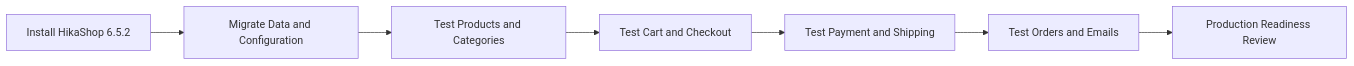
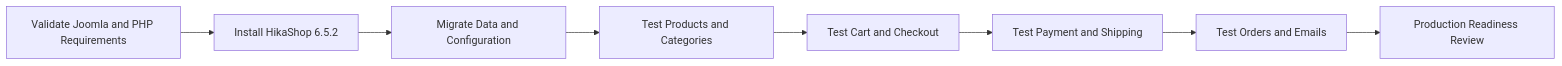
One commit to duyduyly/php-notebook changed the sixth of 6 diagrams in joomla/learning/extensions/hikashop-6-5-2-installation-guide.md. Above: the diagram before and after it, drawn with Mermaid. The commit also changed other lines of this file, not shown here.

Commit message:
Add Joomla and PHP requirements to HikaShop 6.5.2 guide

````diff
--- a/joomla/learning/extensions/hikashop-6-5-2-installation-guide.md
+++ b/joomla/learning/extensions/hikashop-6-5-2-installation-guide.md
@@ -460,9 +492,10 @@
 ```mermaid
 flowchart LR
-    A[Install HikaShop 6.5.2] --> B[Migrate Data and Configuration]
-    B --> C[Test Products and Categories]
-    C --> D[Test Cart and Checkout]
-    D --> E[Test Payment and Shipping]
-    E --> F[Test Orders and Emails]
-    F --> G[Production Readiness Review]
+    A[Validate Joomla and PHP Requirements] --> B[Install HikaShop 6.5.2]
+    B --> C[Migrate Data and Configuration]
+    C --> D[Test Products and Categories]
+    D --> E[Test Cart and Checkout]
+    E --> F[Test Payment and Shipping]
+    F --> G[Test Orders and Emails]
+    G --> H[Production Readiness Review]
 ```
````
